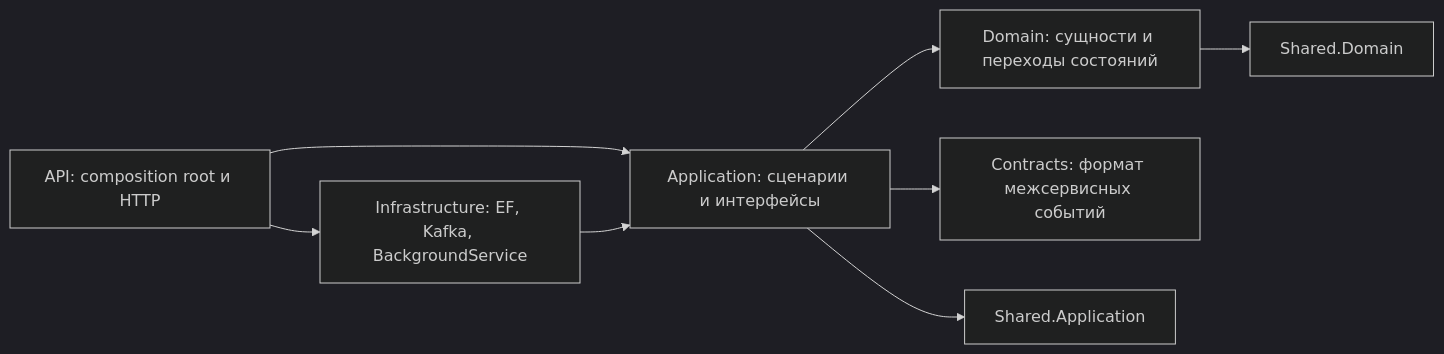
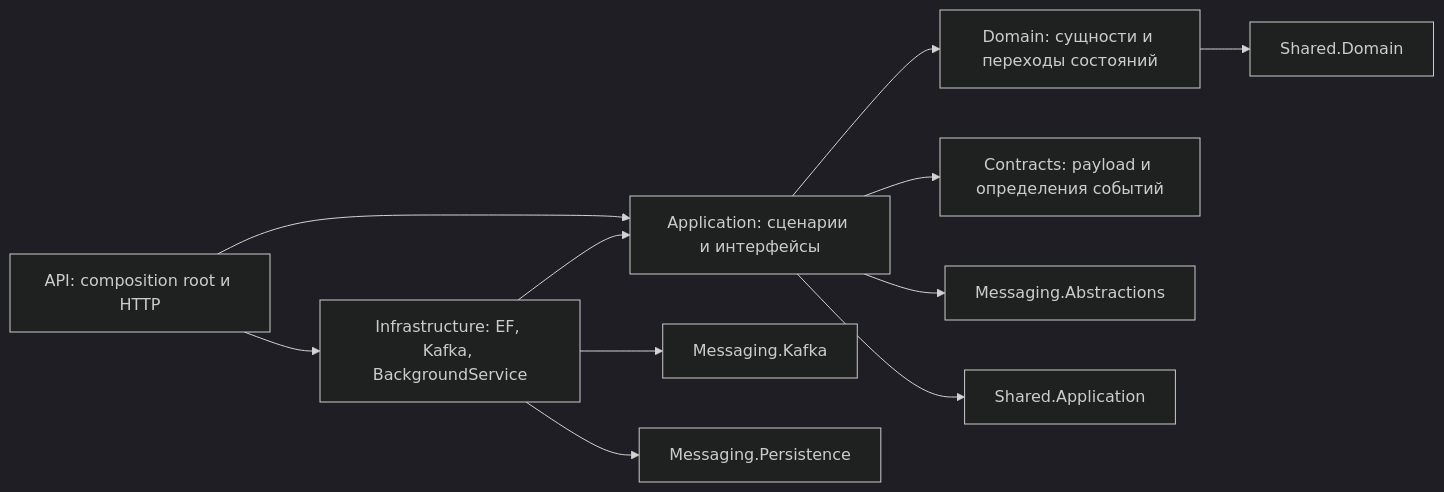
Before and after one commit to punkmyduck/b2b-order-bridge: the second of 7 diagrams in docs/architecture.md, drawn with Mermaid (dark theme). The commit also changed other lines of this file and 4 other files, not shown here.

````diff
--- a/docs/architecture.md
+++ b/docs/architecture.md
@@ -91,10 +95,13 @@
 ```mermaid
 flowchart LR
     Api[API: composition root и HTTP] --> App[Application: сценарии и интерфейсы]
     Api --> Infra[Infrastructure: EF, Kafka, BackgroundService]
     Infra --> App
     App --> Domain[Domain: сущности и переходы состояний]
-    App --> Contracts[Contracts: формат межсервисных событий]
+    App --> Contracts[Contracts: payload и определения событий]
+    App --> MA[Messaging.Abstractions]
+    Infra --> MK[Messaging.Kafka]
+    Infra --> MP[Messaging.Persistence]
     App --> SA[Shared.Application]
     Domain --> SD[Shared.Domain]
 ```
````
